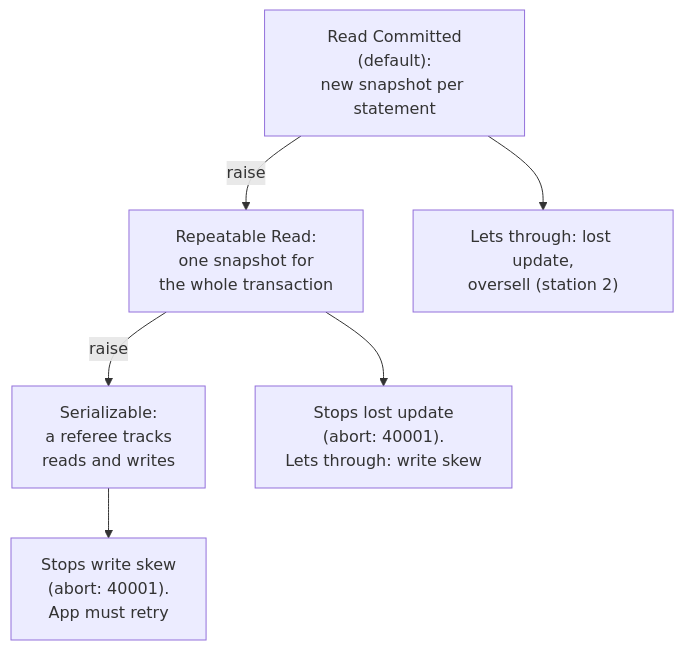
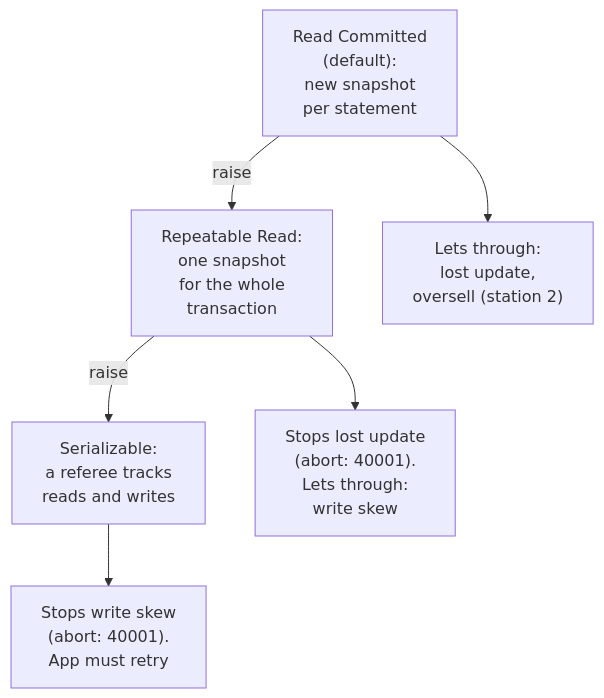
Before and after one commit to duongbui234/software-engineering-atlas: the diagram in content/en/posts/2026-11-22-transactions-isolation.md, drawn with Mermaid. The commit also changed 134 other files, not shown here.

First line of the commit message:
Fit every Mermaid diagram at 390px without sideways scroll (#56)

````diff
--- a/content/en/posts/2026-11-22-transactions-isolation.md
+++ b/content/en/posts/2026-11-22-transactions-isolation.md
@@ -49,8 +49,8 @@
 ```mermaid
 flowchart TB
-    RC["Read Committed<br/>(default):<br/>new snapshot per statement"] -->|"raise"| RR["Repeatable Read:<br/>one snapshot for<br/>the whole transaction"]
-    RC --> L["Lets through: lost update,<br/>oversell (station 2)"]
+    RC["Read Committed<br/>(default):<br/>new snapshot<br/>per statement"] -->|"raise"| RR["Repeatable Read:<br/>one snapshot<br/>for the whole<br/>transaction"]
+    RC --> L["Lets through:<br/>lost update,<br/>oversell (station 2)"]
     RR -->|"raise"| SR["Serializable:<br/>a referee tracks<br/>reads and writes"]
-    RR --> RR2["Stops lost update<br/>(abort: 40001).<br/>Lets through: write skew"]
+    RR --> RR2["Stops lost update<br/>(abort: 40001).<br/>Lets through:<br/>write skew"]
     SR --> SR2["Stops write skew<br/>(abort: 40001).<br/>App must retry"]
 ```
````
